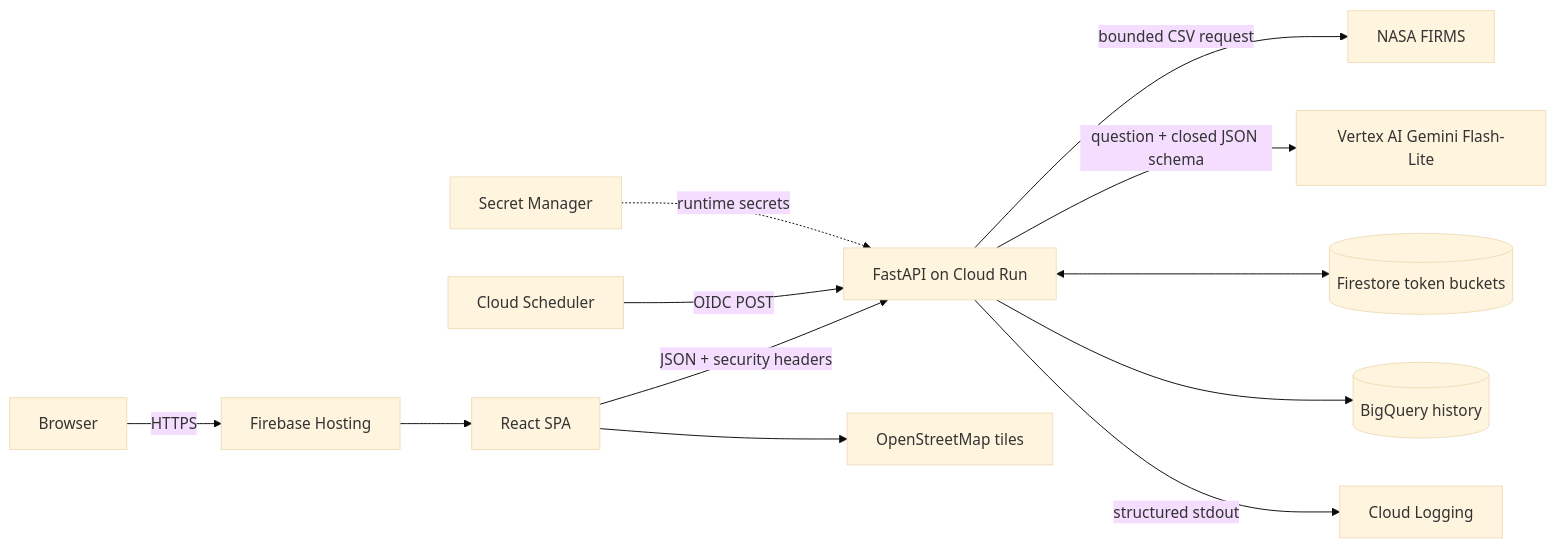
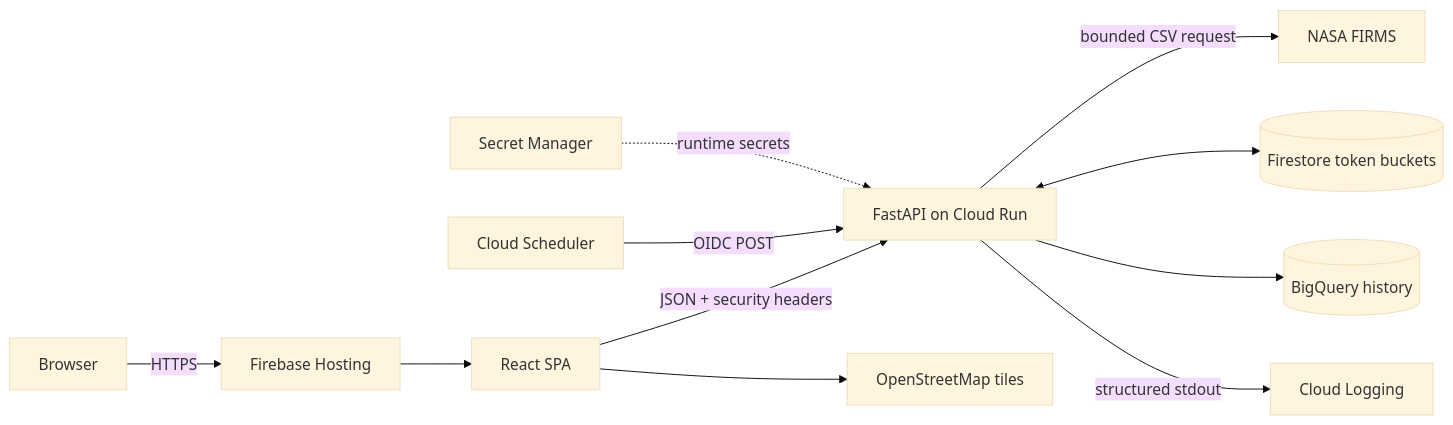
One commit to celcg/wildfire-tracker changed the first of 3 diagrams in architecture.md. Above: the diagram before and after it, drawn with Mermaid (base theme). The commit also changed other lines of this file and 29 other files, not shown here.

````diff
--- a/architecture.md
+++ b/architecture.md
@@ -24,14 +24,13 @@
 ```mermaid
 flowchart LR
     Visitor[Browser] -->|HTTPS| Hosting[Firebase Hosting]
     Hosting --> SPA[React SPA]
     SPA -->|JSON + security headers| API[FastAPI on Cloud Run]
     API -->|bounded CSV request| NASA[NASA FIRMS]
-    API -->|question + closed JSON schema| Vertex[Vertex AI Gemini Flash-Lite]
     API <--> Firestore[(Firestore token buckets)]
     Scheduler[Cloud Scheduler] -->|OIDC POST| API
     API --> BigQuery[(BigQuery history)]
     Secrets[Secret Manager] -. runtime secrets .-> API
     API -->|structured stdout| Logging[Cloud Logging]
     SPA --> Tiles[OpenStreetMap tiles]
 ```
````
